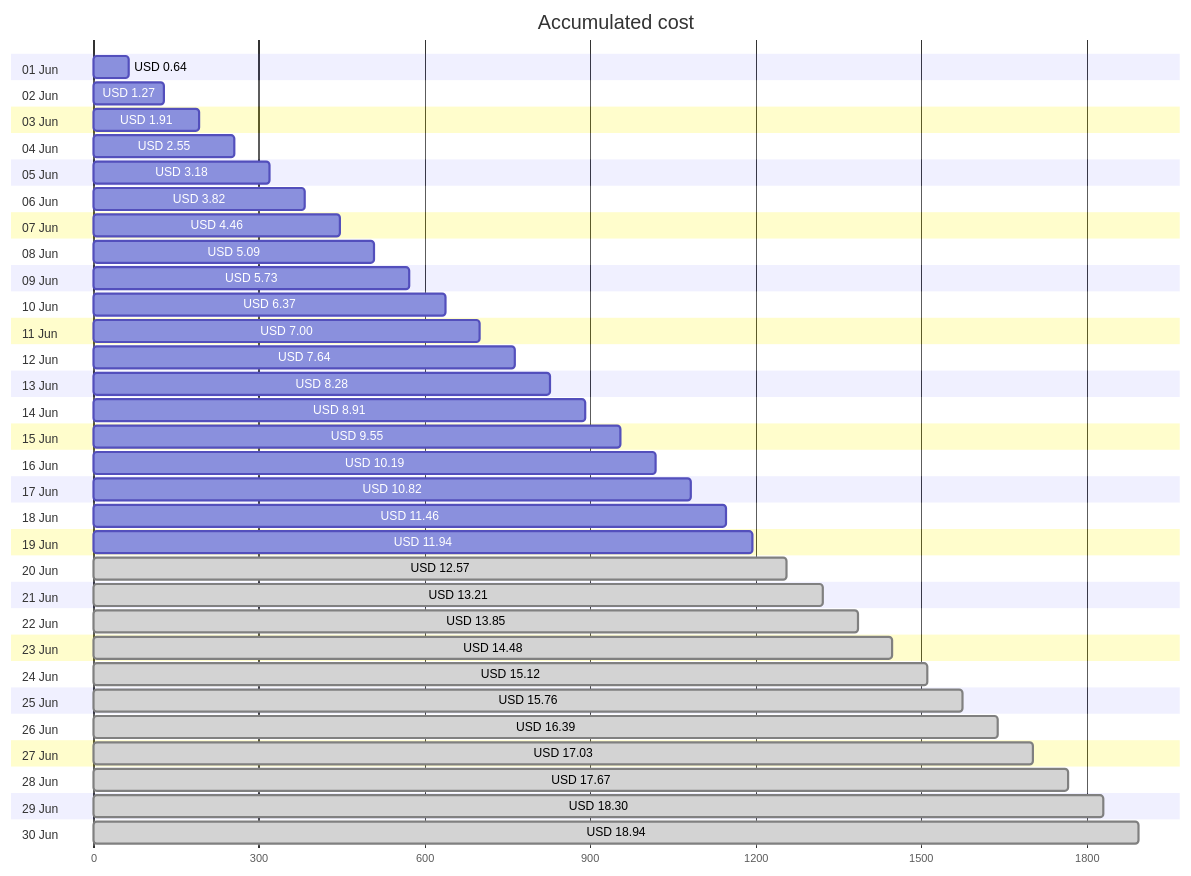
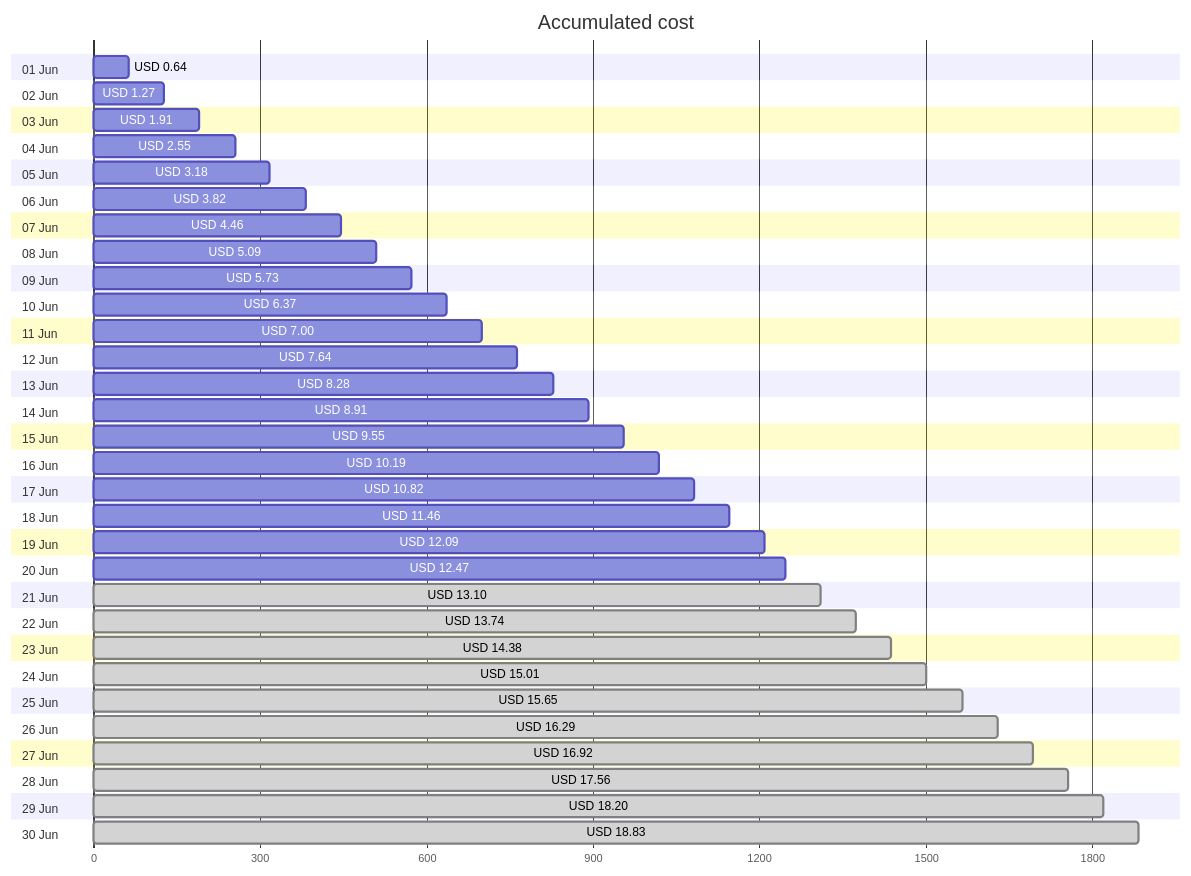
One commit to jpfulton/azure-personal-reports changed the first of 4 diagrams in cost-reports/accumulated-cost.md. Above: the diagram before and after it, drawn with Mermaid. The commit also changed other lines of this file and 4 other files, not shown here.

````diff
--- a/cost-reports/accumulated-cost.md
+++ b/cost-reports/accumulated-cost.md
@@ -20,66 +20,66 @@
 ```mermaid
 gantt
    title Accumulated cost
    dateFormat  X
    axisFormat %s
    section 01 Jun
    USD 0.64 :0, 64
    section 02 Jun
    USD 1.27 :0, 127
    section 03 Jun
    USD 1.91 :0, 191
    section 04 Jun
    USD 2.55 :0, 255
    section 05 Jun
    USD 3.18 :0, 318
    section 06 Jun
    USD 3.82 :0, 382
    section 07 Jun
    USD 4.46 :0, 446
    section 08 Jun
    USD 5.09 :0, 509
    section 09 Jun
    USD 5.73 :0, 573
    section 10 Jun
    USD 6.37 :0, 637
    section 11 Jun
    USD 7.00 :0, 700
    section 12 Jun
    USD 7.64 :0, 764
    section 13 Jun
    USD 8.28 :0, 828
    section 14 Jun
    USD 8.91 :0, 891
    section 15 Jun
    USD 9.55 :0, 955
    section 16 Jun
    USD 10.19 :0, 1019
    section 17 Jun
    USD 10.82 :0, 1082
    section 18 Jun
    USD 11.46 :0, 1146
    section 19 Jun
-   USD 11.94 :0, 1194
+   USD 12.09 :0, 1209
    section 20 Jun
-   USD 12.57 : done, 0, 1257
+   USD 12.47 :0, 1247
    section 21 Jun
-   USD 13.21 : done, 0, 1321
+   USD 13.10 : done, 0, 1310
    section 22 Jun
-   USD 13.85 : done, 0, 1385
+   USD 13.74 : done, 0, 1374
    section 23 Jun
-   USD 14.48 : done, 0, 1448
+   USD 14.38 : done, 0, 1438
    section 24 Jun
-   USD 15.12 : done, 0, 1512
+   USD 15.01 : done, 0, 1501
    section 25 Jun
-   USD 15.76 : done, 0, 1576
+   USD 15.65 : done, 0, 1565
    section 26 Jun
-   USD 16.39 : done, 0, 1639
+   USD 16.29 : done, 0, 1629
    section 27 Jun
-   USD 17.03 : done, 0, 1703
+   USD 16.92 : done, 0, 1692
    section 28 Jun
-   USD 17.67 : done, 0, 1767
+   USD 17.56 : done, 0, 1756
    section 29 Jun
-   USD 18.30 : done, 0, 1830
+   USD 18.20 : done, 0, 1820
    section 30 Jun
-   USD 18.94 : done, 0, 1894
+   USD 18.83 : done, 0, 1883
 ```
````
